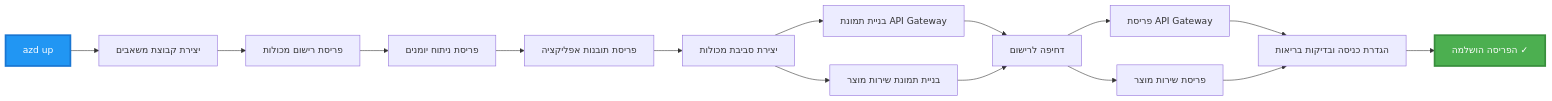
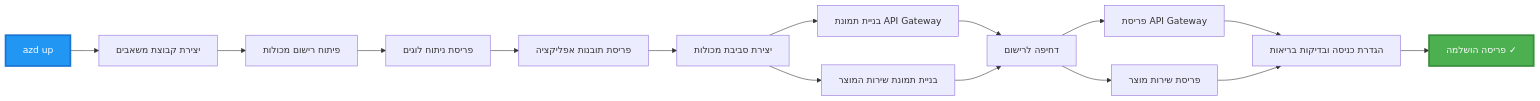
One commit to microsoft/AZD-for-beginners changed the third of 4 diagrams in translations/he/examples/microservices/README.md. Above: the diagram before and after it, drawn with Mermaid. The commit also changed other lines of this file and 242 other files, not shown here.

````diff
--- a/translations/he/examples/microservices/README.md
+++ b/translations/he/examples/microservices/README.md
@@ -242,20 +233,20 @@
 ```mermaid
 graph LR
     A[azd up] --> B[יצירת קבוצת משאבים]
-    B --> C[פריסת רישום מכולות]
-    C --> D[פריסת ניתוח יומנים]
+    B --> C[פיתוח רישום מכולות]
+    C --> D[פריסת ניתוח לוגים]
     D --> E[פריסת תובנות אפליקציה]
     E --> F[יצירת סביבת מכולות]
     F --> G[בניית תמונת API Gateway]
-    F --> H[בניית תמונת שירות מוצר]
+    F --> H[בניית תמונת שירות המוצר]
     G --> I[דחיפה לרישום]
     H --> I
     I --> J[פריסת API Gateway]
     I --> K[פריסת שירות מוצר]
     J --> L[הגדרת כניסה ובדיקות בריאות]
     K --> L
-    L --> M[הפריסה הושלמה ✓]
+    L --> M[פריסה הושלמה ✓]
     
     style A fill:#2196F3,stroke:#1976D2,stroke-width:3px,color:#fff
     style M fill:#4CAF50,stroke:#388E3C,stroke-width:3px,color:#fff
 ```
````
